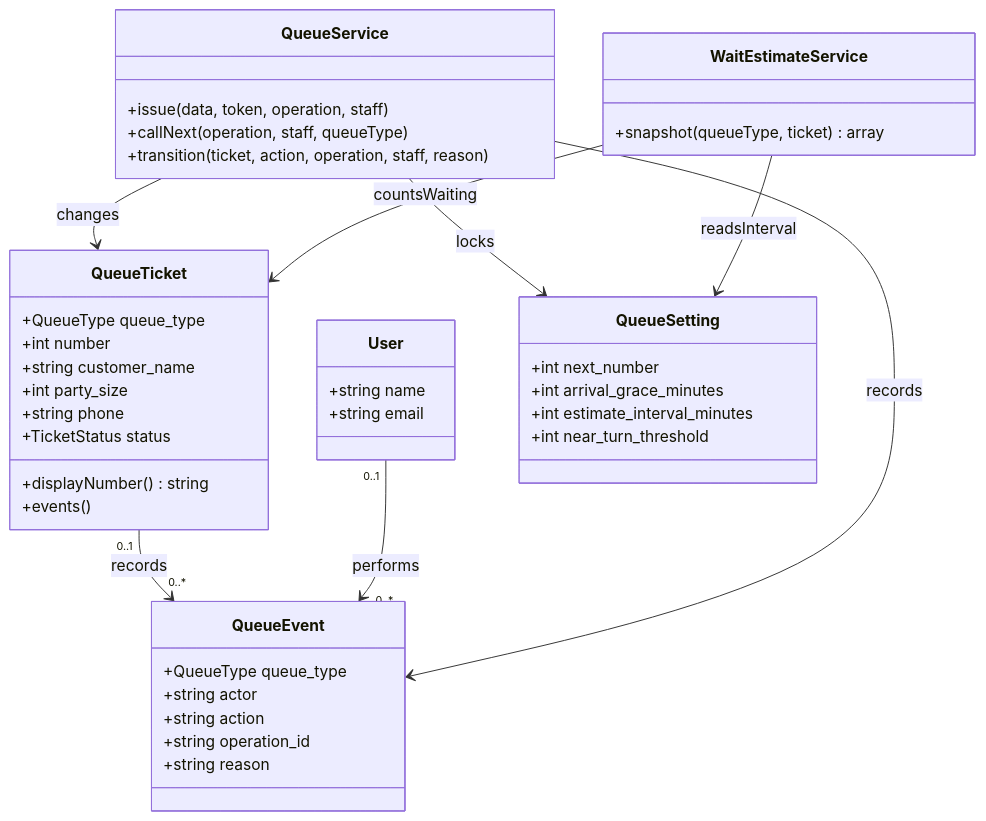
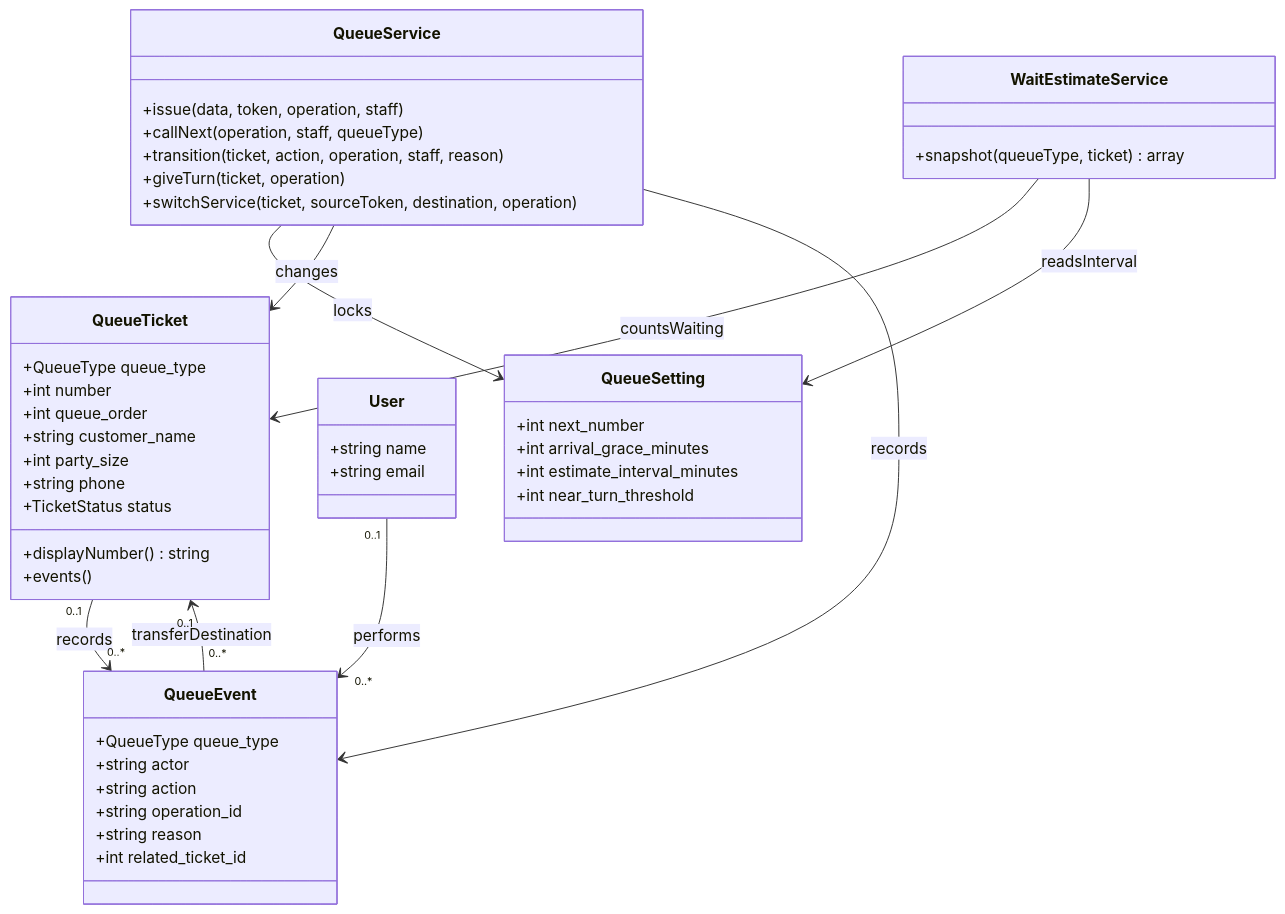
The first of 4 diagrams in docs/design.md (Sragastiya/Digital-Queing-System), drawn with Mermaid before and after one commit. The commit also changed other lines of this file and 29 other files, not shown here.

````diff
--- a/docs/design.md
+++ b/docs/design.md
@@ -13,45 +15,50 @@
 ```mermaid
 classDiagram
 class QueueTicket {
  +QueueType queue_type
  +int number
+ +int queue_order
  +string customer_name
  +int party_size
  +string phone
  +TicketStatus status
  +displayNumber() string
  +events()
 }
 class User {
  +string name
  +string email
 }
 class QueueSetting {
  +int next_number
  +int arrival_grace_minutes
  +int estimate_interval_minutes
  +int near_turn_threshold
 }
 class QueueEvent {
  +QueueType queue_type
  +string actor
  +string action
  +string operation_id
  +string reason
+ +int related_ticket_id
 }
 class QueueService {
  +issue(data, token, operation, staff)
  +callNext(operation, staff, queueType)
  +transition(ticket, action, operation, staff, reason)
+ +giveTurn(ticket, operation)
+ +switchService(ticket, sourceToken, destination, operation)
 }
 class WaitEstimateService {
  +snapshot(queueType, ticket) array
 }
 QueueTicket "0..1" --> "0..*" QueueEvent : records
+QueueEvent "0..*" --> "0..1" QueueTicket : transferDestination
 User "0..1" --> "0..*" QueueEvent : performs
 QueueService --> QueueSetting : locks
 QueueService --> QueueTicket : changes
 QueueService --> QueueEvent : records
 WaitEstimateService --> QueueTicket : countsWaiting
 WaitEstimateService --> QueueSetting : readsInterval
 ```
````
